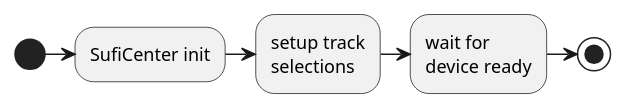
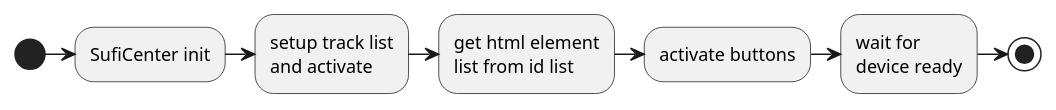
The fourth of 17 diagrams in Doc/Designer notes.md (MARTIMM/Sufitrail), drawn with PlantUML before and after one commit. The commit also changed other lines of this file, not shown here.

````diff
--- a/Doc/Designer notes.md
+++ b/Doc/Designer notes.md
@@ -160,6 +160,8 @@
 ```plantuml
 (*) -> "SufiCenter init"
--> "setup track\nselections"
+-> "setup track list\nand activate"
+-> "get html element\nlist from id list"
+-> "activate buttons"
 -> "wait for\ndevice ready"
 -> (*)
 ```
````
